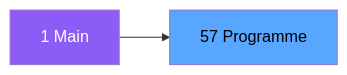
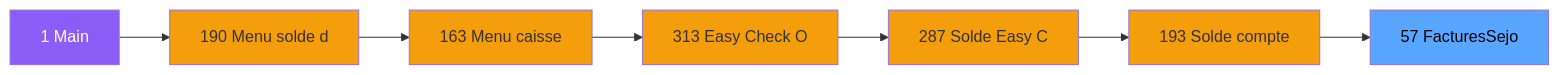
The second of 3 diagrams in .openspec/specs/ADH-IDE-57.md (thonyAGP/magic-migration), drawn with Mermaid before and after one commit. The commit also changed other lines of this file and 323 other files, not shown here.

````diff
--- a/.openspec/specs/ADH-IDE-57.md
+++ b/.openspec/specs/ADH-IDE-57.md
@@ -104,8 +117,23 @@
 ```mermaid
 graph LR
     M[1 Main]
-    T[57 Programme]
-    M --> T
+    N190[190 Menu solde d]
+    N163[163 Menu caisse ]
+    N313[313 Easy Check O]
+    N287[287 Solde Easy C]
+    N193[193 Solde compte]
+    T[57 FacturesSejo]
+    M --> N190
+    N190 --> N163
+    N163 --> N313
+    N313 --> N287
+    N287 --> N193
+    N193 --> T
     style M fill:#8b5cf6,color:#fff
+    style N190 fill:#f59e0b
+    style N163 fill:#f59e0b
+    style N313 fill:#f59e0b
+    style N287 fill:#f59e0b
+    style N193 fill:#f59e0b
     style T fill:#58a6ff,color:#000
 ```
````
